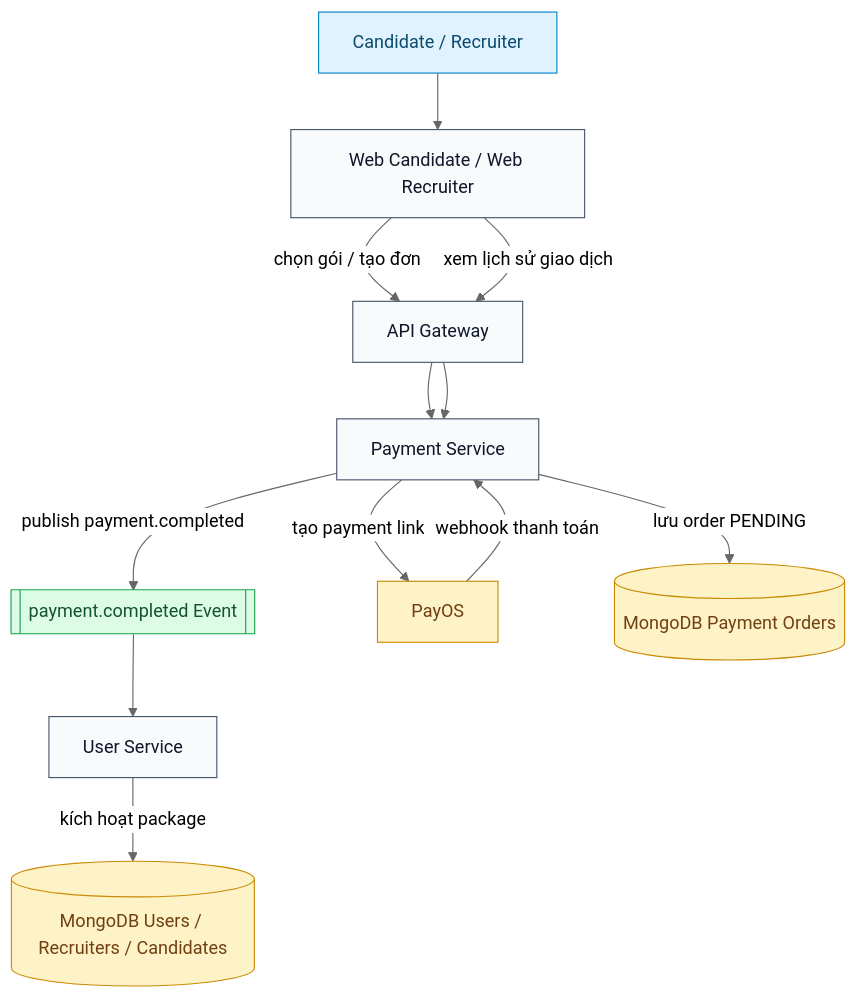
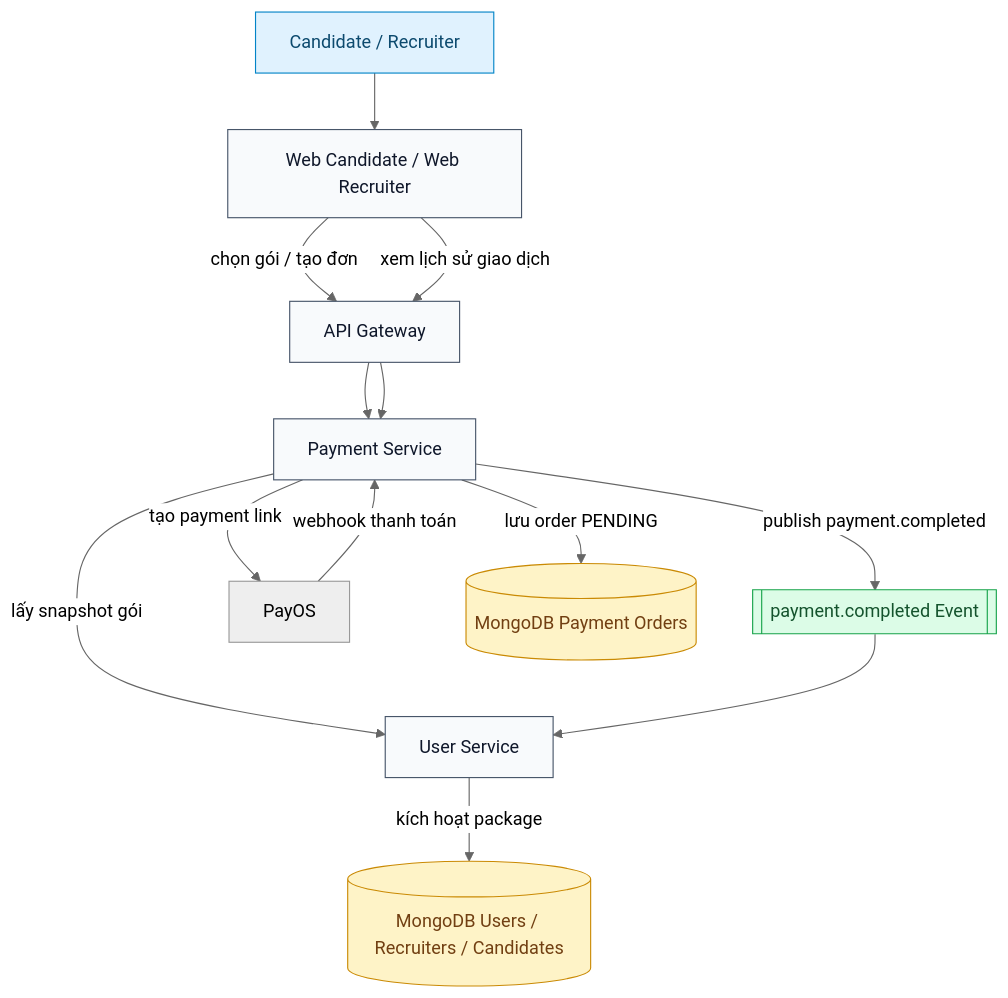
One commit to phamlucchuong/smartCv-be changed the seventh of 10 diagrams in docs/VN/system-architecture-mermaid.md. Above: the diagram before and after it, drawn with Mermaid (neutral theme). The commit also changed other lines of this file and 3 other files, not shown here.

Commit message:
docs: update architecture and class diagrams

````diff
--- a/docs/VN/system-architecture-mermaid.md
+++ b/docs/VN/system-architecture-mermaid.md
@@ -300,35 +401,36 @@
 ```mermaid
 flowchart TB
     classDef actor fill:#E0F2FE,stroke:#0284C7,color:#0C4A6E
     classDef svc fill:#F8FAFC,stroke:#475569,color:#0F172A
     classDef store fill:#FEF3C7,stroke:#CA8A04,color:#713F12
     classDef event fill:#DCFCE7,stroke:#16A34A,color:#14532D
 
     U[Candidate / Recruiter]
     FE[Web Candidate / Web Recruiter]
     GW[API Gateway]
     PAY[Payment Service]
     US[User Service]
     RMQ[[payment.completed Event]]
     PAYOS[PayOS]
     MDB[(MongoDB Payment Orders)]
     UDB[(MongoDB Users / Recruiters / Candidates)]
 
     U --> FE
     FE -->|chọn gói / tạo đơn| GW
     GW --> PAY
+    PAY -->|lấy snapshot gói| US
     PAY -->|lưu order PENDING| MDB
     PAY -->|tạo payment link| PAYOS
     PAYOS -->|webhook thanh toán| PAY
     PAY -->|publish payment.completed| RMQ
     RMQ --> US
     US -->|kích hoạt package| UDB
     FE -->|xem lịch sử giao dịch| GW
     GW --> PAY
 
     class U actor
     class FE,GW,PAY,US svc
     class MDB,UDB store
     class RMQ event
-    class PAYOS store
+    class PAYOS external
 ```
````
